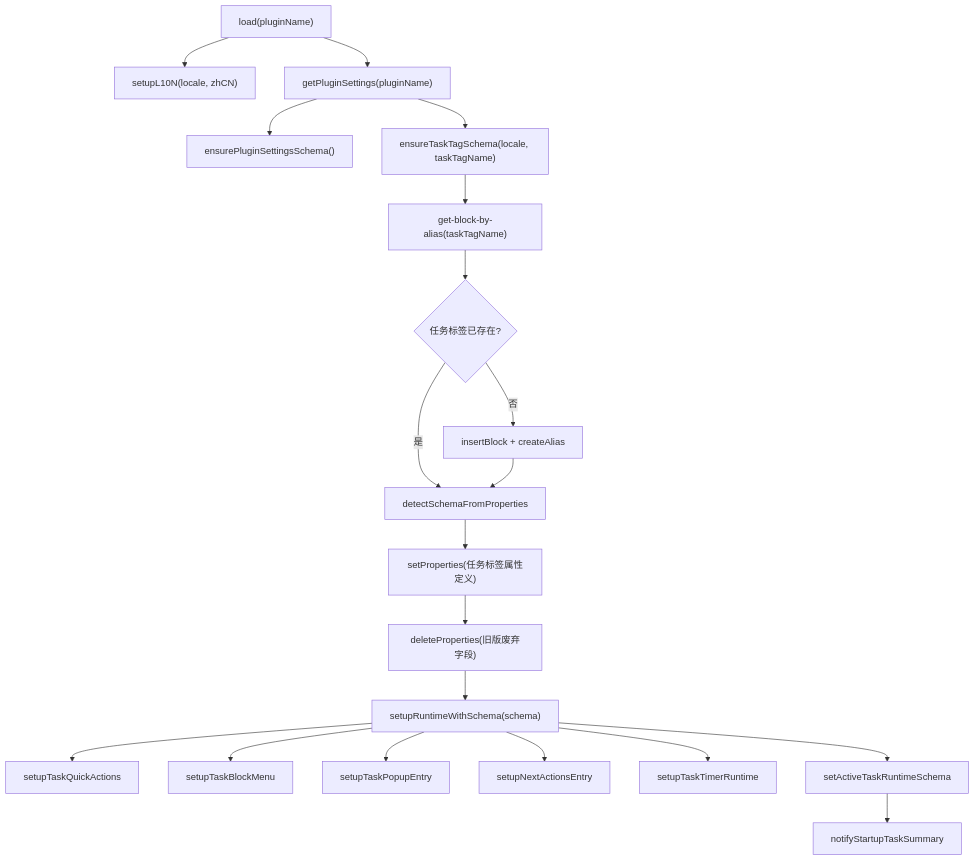
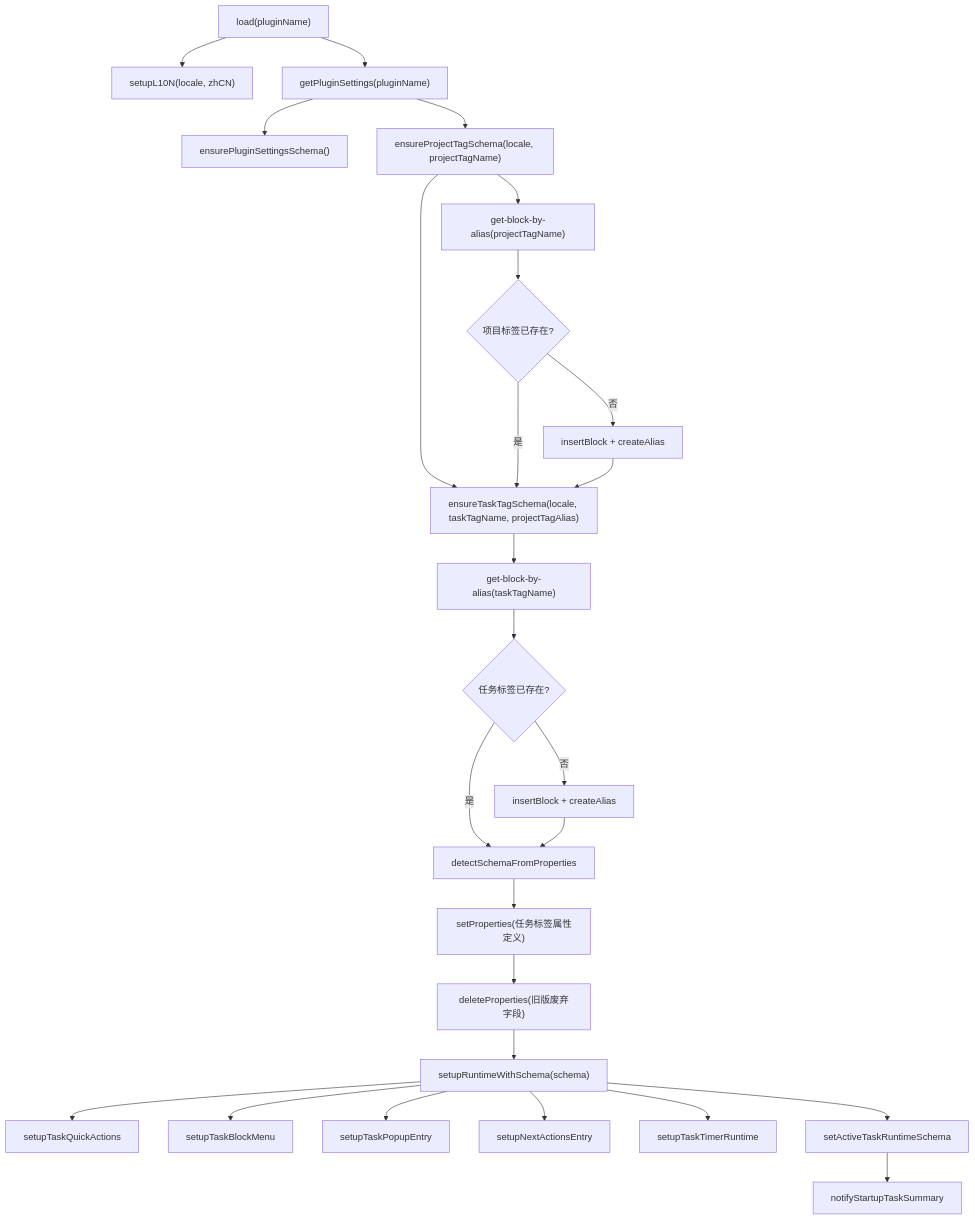
Before and after one commit to litcu/orca-plugin-task-planner: the first of 3 diagrams in doc/数据流/01-运行时启动与注册.md, drawn with Mermaid. The commit also changed other lines of this file and 25 other files, not shown here.

````diff
--- a/doc/数据流/01-运行时启动与注册.md
+++ b/doc/数据流/01-运行时启动与注册.md
@@ -21,25 +22,31 @@
 ```mermaid
 flowchart TD
   Load["load(pluginName)"] --> L10N["setupL10N(locale, zhCN)"]
   Load --> ReadSettings["getPluginSettings(pluginName)"]
   ReadSettings --> SettingsSchema["ensurePluginSettingsSchema()"]
-  ReadSettings --> EnsureTaskTag["ensureTaskTagSchema(locale, taskTagName)"]
+  ReadSettings --> EnsureProjectTag["ensureProjectTagSchema(locale, projectTagName)"]
+  EnsureProjectTag --> EnsureTaskTag["ensureTaskTagSchema(locale, taskTagName, projectTagAlias)"]
 
+  EnsureProjectTag --> GetProjectAlias["get-block-by-alias(projectTagName)"]
+  GetProjectAlias --> ProjectExists{"项目标签已存在?"}
+  ProjectExists -- 否 --> CreateProjectTagBlock["insertBlock + createAlias"]
+  ProjectExists -- 是 --> EnsureTaskTag
+  CreateProjectTagBlock --> EnsureTaskTag
   EnsureTaskTag --> GetAlias["get-block-by-alias(taskTagName)"]
   GetAlias --> Exists{"任务标签已存在?"}
   Exists -- 否 --> CreateTagBlock["insertBlock + createAlias"]
   Exists -- 是 --> DetectSchema["detectSchemaFromProperties"]
   CreateTagBlock --> DetectSchema
   DetectSchema --> WriteSchema["setProperties(任务标签属性定义)"]
   WriteSchema --> DeleteRetired["deleteProperties(旧版废弃字段)"]
   DeleteRetired --> Runtime["setupRuntimeWithSchema(schema)"]
 
   Runtime --> QuickActions["setupTaskQuickActions"]
   Runtime --> BlockMenu["setupTaskBlockMenu"]
   Runtime --> PopupEntry["setupTaskPopupEntry"]
   Runtime --> ViewsPanel["setupNextActionsEntry"]
   Runtime --> TimerRuntime["setupTaskTimerRuntime"]
   Runtime --> RuntimeSchema["setActiveTaskRuntimeSchema"]
 
   RuntimeSchema --> StartupSummary["notifyStartupTaskSummary"]
 ```
````
